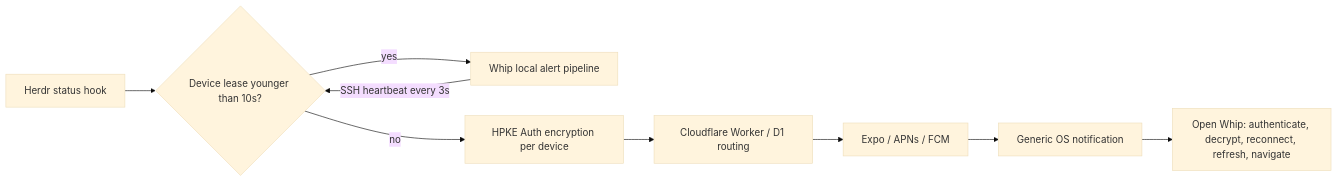
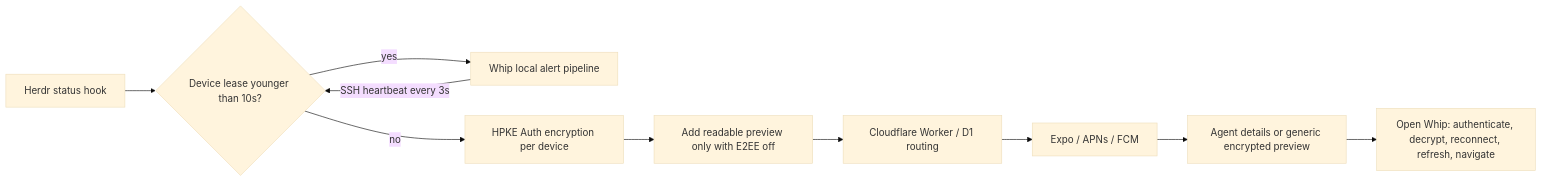
Before and after one commit to kosumic/whip: the diagram in docs/remote-notifications.md, drawn with Mermaid (base theme). The commit also changed other lines of this file and 18 other files, not shown here.

````diff
--- a/docs/remote-notifications.md
+++ b/docs/remote-notifications.md
@@ -7,11 +7,12 @@
 ```mermaid
 flowchart LR
   H[Herdr status hook] --> L{Device lease younger than 10s?}
   L -->|yes| A[Whip local alert pipeline]
   L -->|no| E[HPKE Auth encryption per device]
-  E --> R[Cloudflare Worker / D1 routing]
+  E --> P[Add readable preview only with E2EE off]
+  P --> R[Cloudflare Worker / D1 routing]
   R --> X[Expo / APNs / FCM]
-  X --> G[Generic OS notification]
+  X --> G[Agent details or generic encrypted preview]
   G --> D[Open Whip: authenticate, decrypt, reconnect, refresh, navigate]
   A -->|SSH heartbeat every 3s| L
 ```
````
